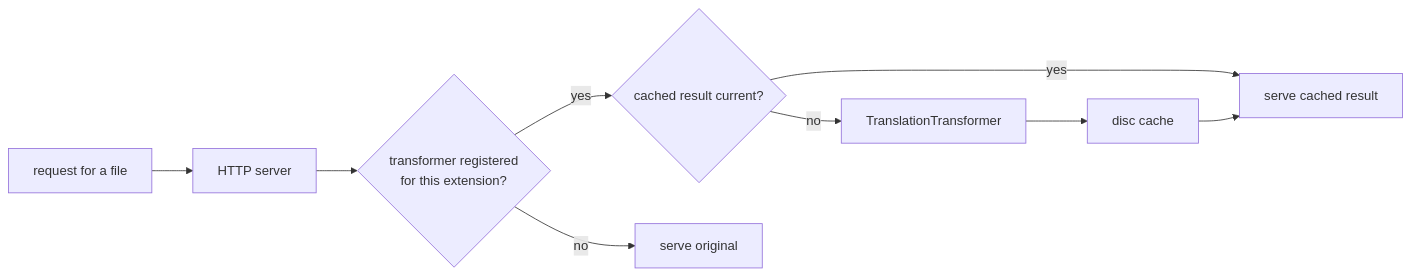
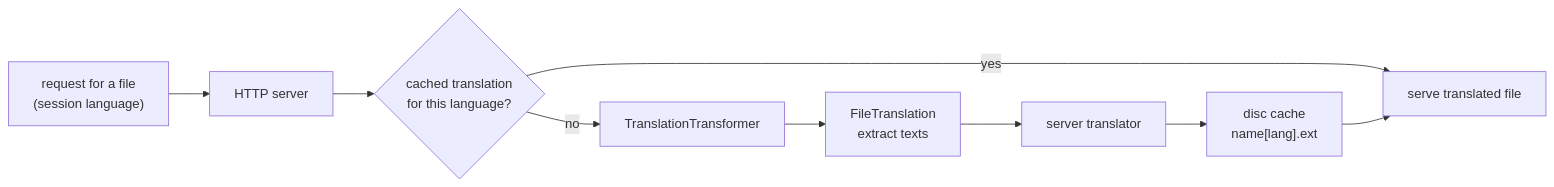
One commit to dosh1974/SysWeaver changed the diagram in SysWeaver.HttpTransformer.Translate/README.md. Above: the diagram before and after it, drawn with Mermaid. The commit also changed other lines of this file and 532 other files, not shown here.

````diff
--- a/SysWeaver.HttpTransformer.Translate/README.md
+++ b/SysWeaver.HttpTransformer.Translate/README.md
@@ -18,11 +18,11 @@
 ```mermaid
 flowchart LR
-  Req["request for a file"] --> Srv["HTTP server"]
-  Srv --> Chain{"transformer registered<br/>for this extension?"}
-  Chain -->|yes| Cache{"cached result current?"}
-  Cache -->|yes| Out["serve cached result"]
+  Req["request for a file<br/>(session language)"] --> Srv["HTTP server"]
+  Srv --> Cache{"cached translation<br/>for this language?"}
+  Cache -->|yes| Out["serve translated file"]
   Cache -->|no| T["TranslationTransformer"]
-  T --> Store["disc cache"]
+  T --> FT["FileTranslation<br/>extract texts"]
+  FT --> Tr["server translator"]
+  Tr --> Store["disc cache<br/>name[lang].ext"]
   Store --> Out
-  Chain -->|no| Plain["serve original"]
 ```
````
